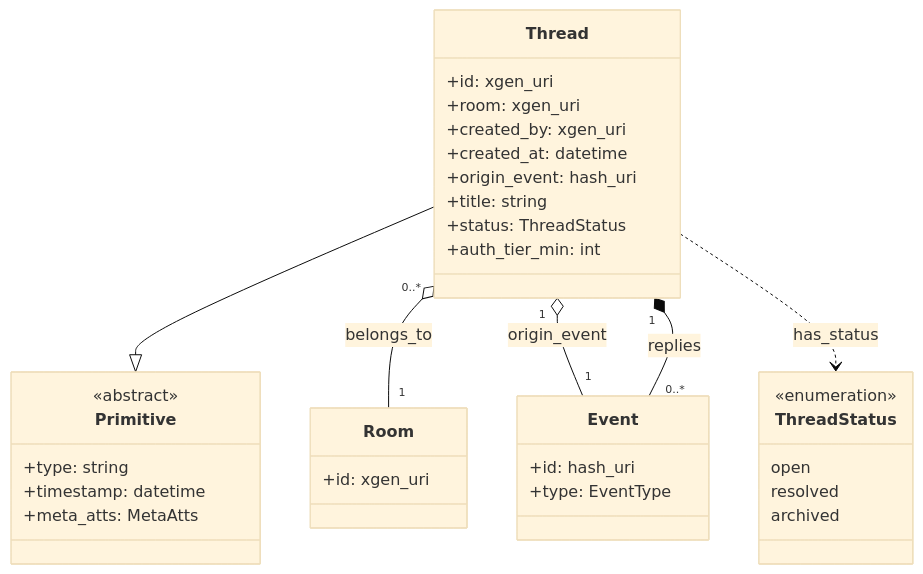
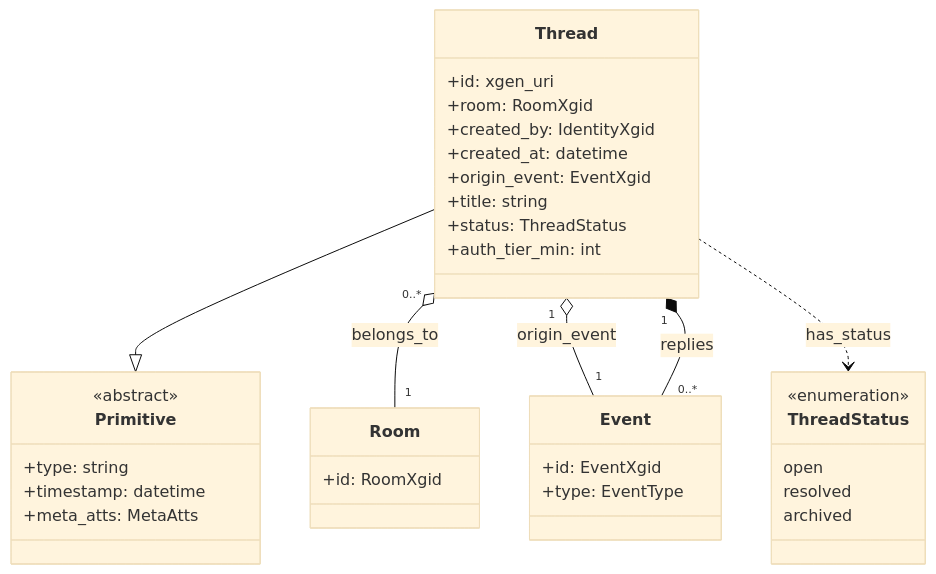
Before and after one commit to ianus777/XGenProtocol: the fifth of 16 diagrams in docs/xgen_appendix_c_en.md, drawn with Mermaid (base theme). The commit also changed other lines of this file and 1 other file, not shown here.

````diff
--- a/docs/xgen_appendix_c_en.md
+++ b/docs/xgen_appendix_c_en.md
@@ -439,38 +441,38 @@
 ```mermaid
 classDiagram
     class Primitive {
         <<abstract>>
         +type: string
         +timestamp: datetime
         +meta_atts: MetaAtts
     }
     class Thread {
         +id: xgen_uri
-        +room: xgen_uri
-        +created_by: xgen_uri
+        +room: RoomXgid
+        +created_by: IdentityXgid
         +created_at: datetime
-        +origin_event: hash_uri
+        +origin_event: EventXgid
         +title: string
         +status: ThreadStatus
         +auth_tier_min: int
     }
     class ThreadStatus {
         <<enumeration>>
         open
         resolved
         archived
     }
     class Event {
-        +id: hash_uri
+        +id: EventXgid
         +type: EventType
     }
     class Room {
-        +id: xgen_uri
+        +id: RoomXgid
     }
 
     Thread --|> Primitive
     Thread "0..*" o-- "1" Room : belongs_to
     Thread "1" o-- "1" Event : origin_event
     Thread "1" *-- "0..*" Event : replies
     Thread ..> ThreadStatus : has_status
 ```
````
